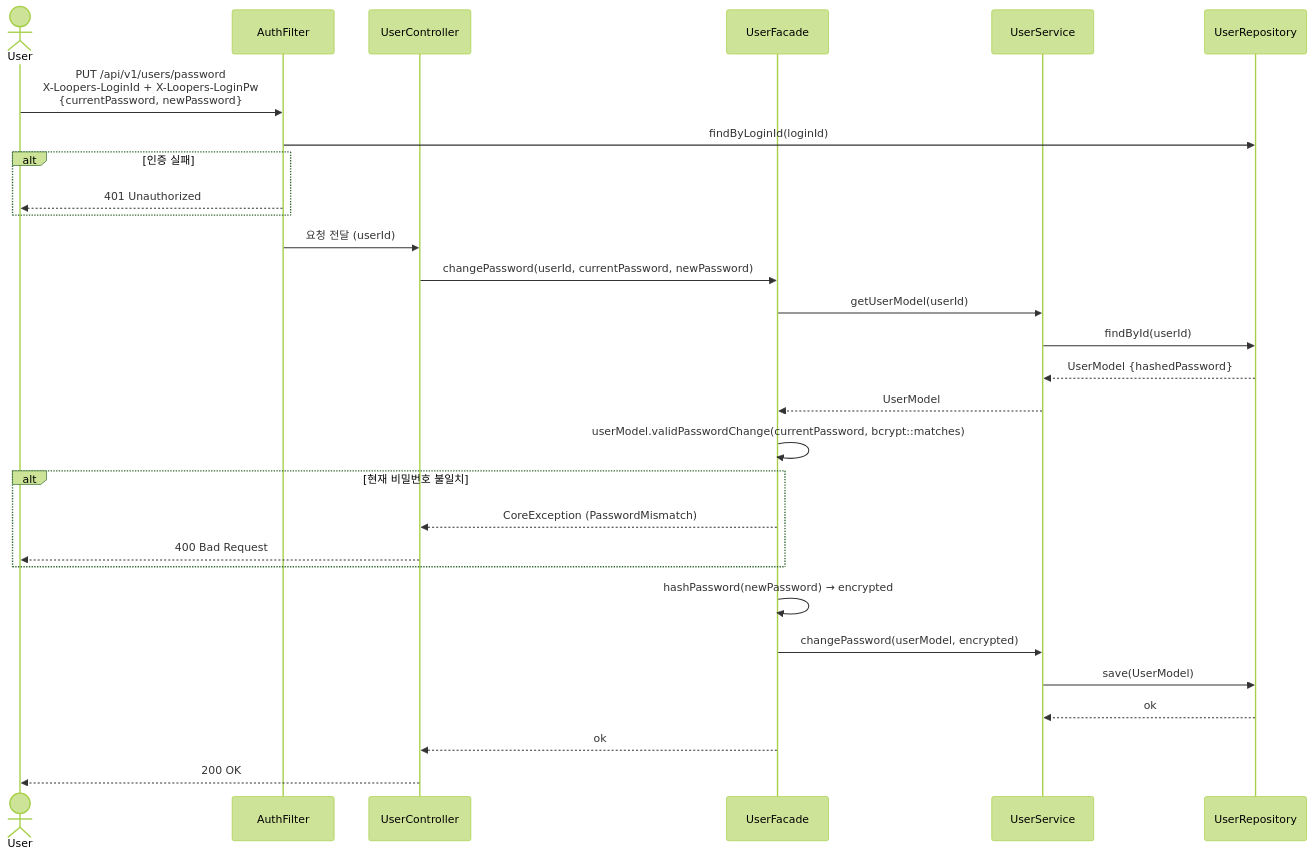
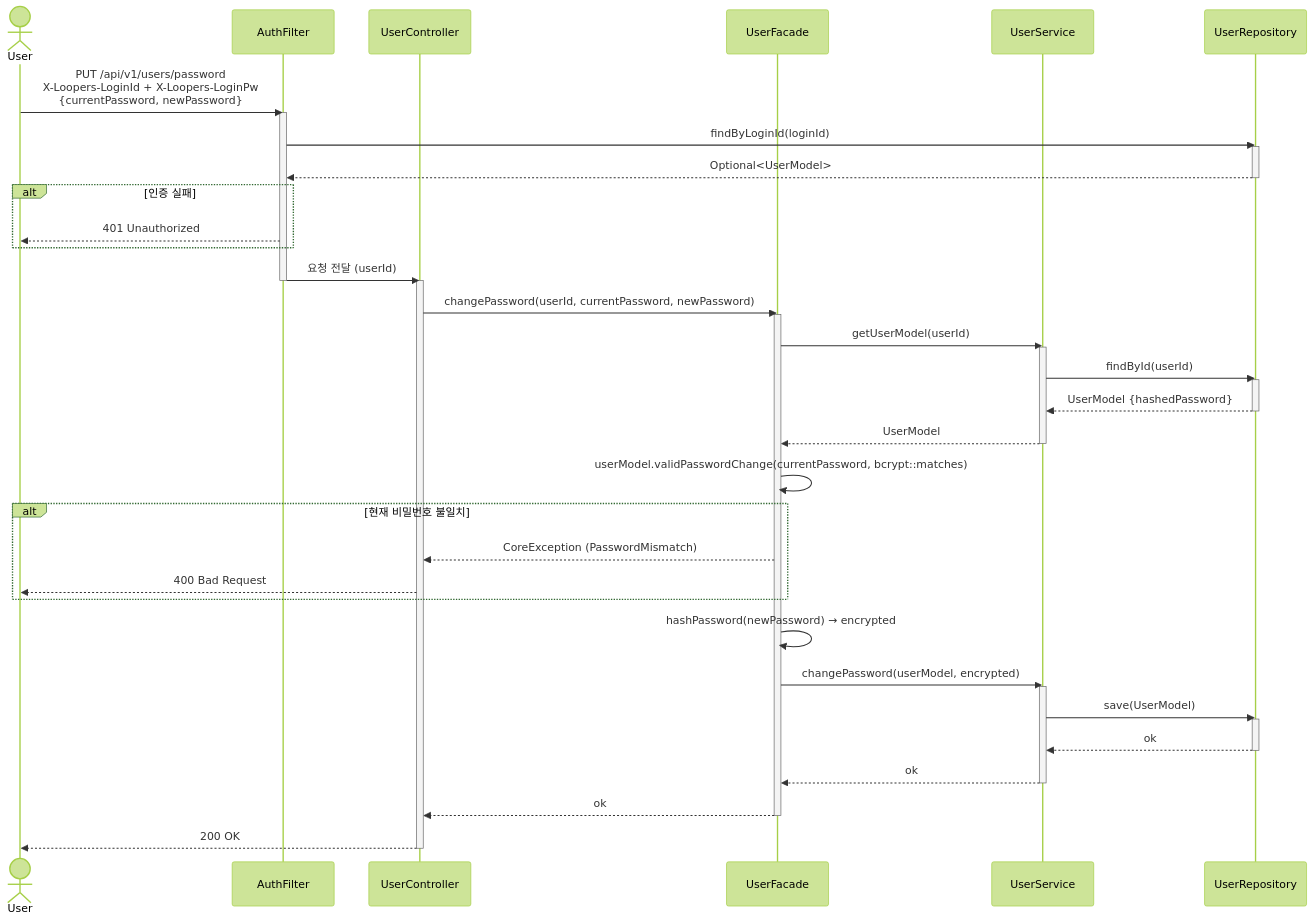
Before and after one commit to loopers-labs/loop-pack-be-l2-vol4-java: the third of 25 diagrams in .docs/design/02-sequence-diagrams.md, drawn with Mermaid (forest theme). The commit also changed other lines of this file and 5 other files, not shown here.

````diff
--- a/.docs/design/02-sequence-diagrams.md
+++ b/.docs/design/02-sequence-diagrams.md
@@ -138,37 +169,54 @@
 ```mermaid
 sequenceDiagram
     actor User
     participant AF as AuthFilter
     participant UC as UserController
     participant UF as UserFacade
     participant US as UserService
     participant UR as UserRepository
 
     User->>AF: PUT /api/v1/users/password<br/>X-Loopers-LoginId + X-Loopers-LoginPw<br/>{currentPassword, newPassword}
-
+    activate AF
     AF->>UR: findByLoginId(loginId)
+    activate UR
+    UR-->>AF: Optional<UserModel>
+    deactivate UR
     alt 인증 실패
         AF-->>User: 401 Unauthorized
     end
     AF->>UC: 요청 전달 (userId)
+    deactivate AF
+    activate UC
 
     UC->>UF: changePassword(userId, currentPassword, newPassword)
+    activate UF
     UF->>US: getUserModel(userId)
+    activate US
     US->>UR: findById(userId)
+    activate UR
     UR-->>US: UserModel {hashedPassword}
+    deactivate UR
     US-->>UF: UserModel
+    deactivate US
 
     UF->>UF: userModel.validPasswordChange(currentPassword, bcrypt::matches)
     alt 현재 비밀번호 불일치
         UF-->>UC: CoreException (PasswordMismatch)
         UC-->>User: 400 Bad Request
     end
 
     UF->>UF: hashPassword(newPassword) → encrypted
     UF->>US: changePassword(userModel, encrypted)
+    activate US
     US->>UR: save(UserModel)
+    activate UR
     UR-->>US: ok
+    deactivate UR
+    US-->>UF: ok
+    deactivate US
 
     UF-->>UC: ok
+    deactivate UF
     UC-->>User: 200 OK
+    deactivate UC
 ```
````
